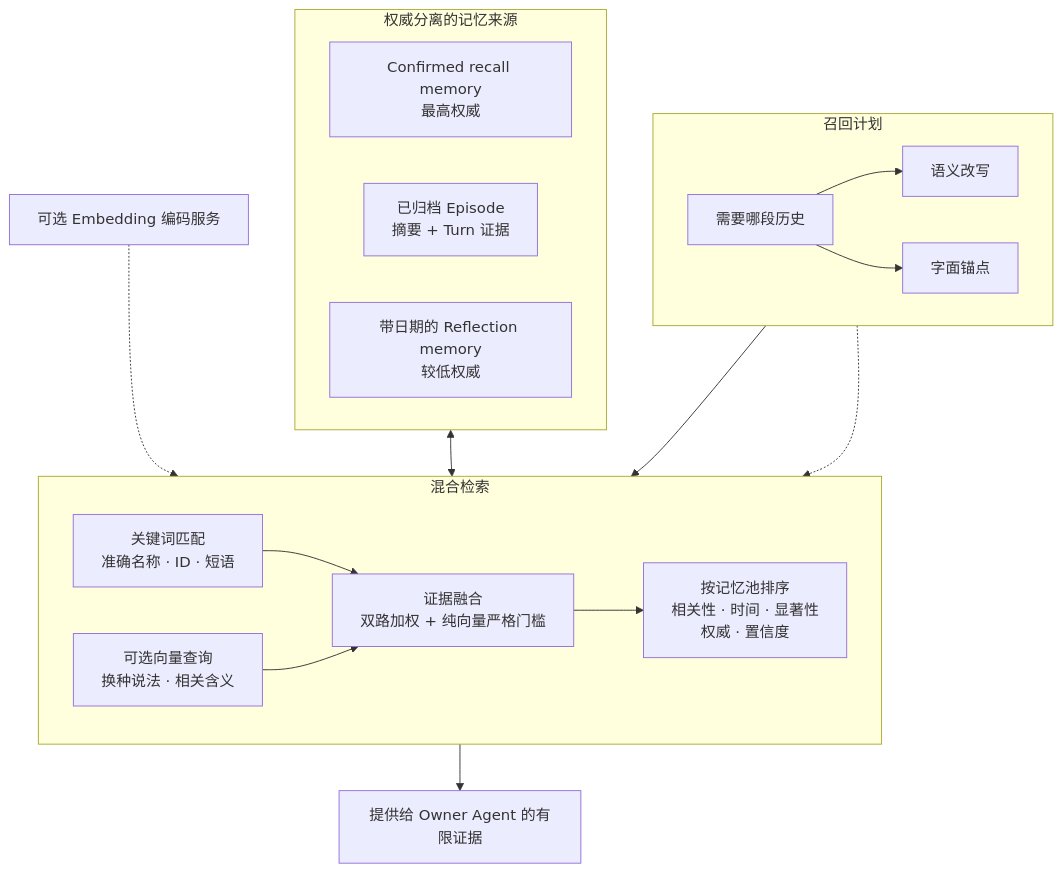
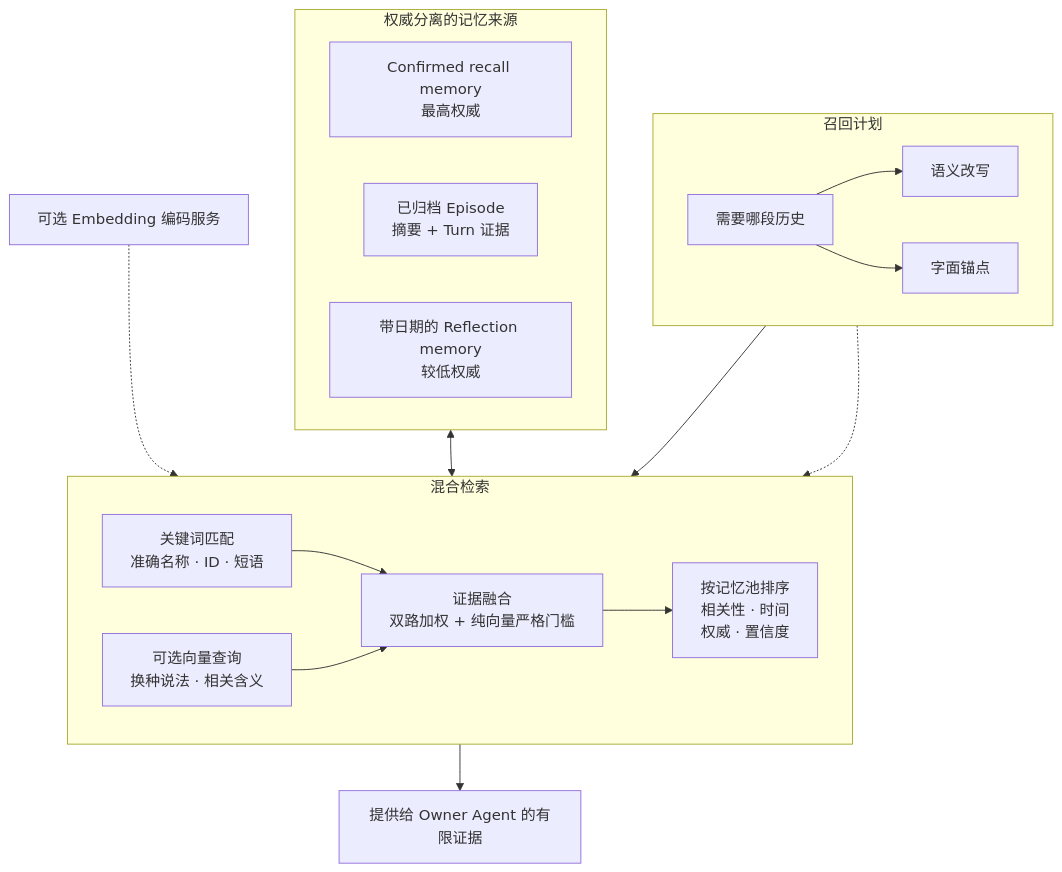
The second of 2 diagrams in README.zh-CN.md (RicterZ/Momoi), drawn with Mermaid before and after one commit. The commit also changed other lines of this file and 1 other file, not shown here.

Commit message:
docs: refresh README for planner and replyer architecture

````diff
--- a/README.zh-CN.md
+++ b/README.zh-CN.md
@@ -193,37 +191,37 @@
 ```mermaid
 flowchart TB
   subgraph request["召回计划"]
     direction LR
     need["需要哪段历史"]
     rewrite["语义改写"]
     anchors["字面锚点"]
     need --> rewrite
     need --> anchors
   end
 
   subgraph retrieval["混合检索"]
     direction LR
     keyword["关键词匹配<br/>准确名称 · ID · 短语"]
     vector["可选向量查询<br/>换种说法 · 相关含义"]
     fusion["证据融合<br/>双路加权 + 纯向量严格门槛"]
-    ranking["按记忆池排序<br/>相关性 · 时间 · 显著性<br/>权威 · 置信度"]
+    ranking["按记忆池排序<br/>相关性 · 时间<br/>权威 · 置信度"]
     keyword --> fusion
     vector --> fusion --> ranking
   end
 
   subgraph pools["权威分离的记忆来源"]
     direction LR
     confirmed["Confirmed recall memory<br/>最高权威"]
     episodes["已归档 Episode<br/>摘要 + Turn 证据"]
     reflection["带日期的 Reflection memory<br/>较低权威"]
   end
 
   selected["提供给 Owner Agent 的有限证据"]
   encoder["可选 Embedding 编码服务"]
 
   anchors --> keyword
   rewrite -.-> vector
   pools <--> retrieval
   encoder -.-> vector
   ranking --> selected
 ```
````
